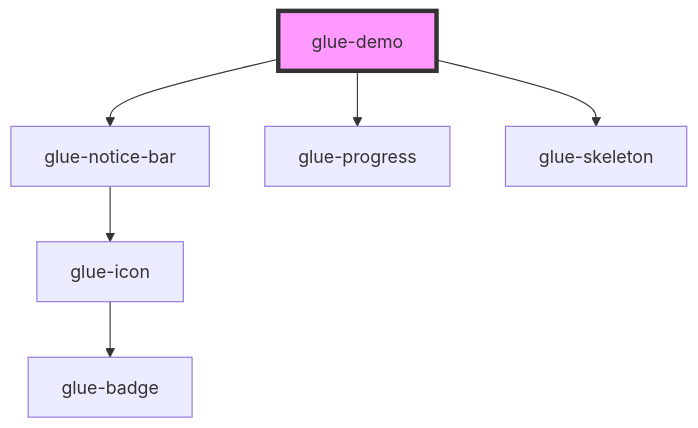
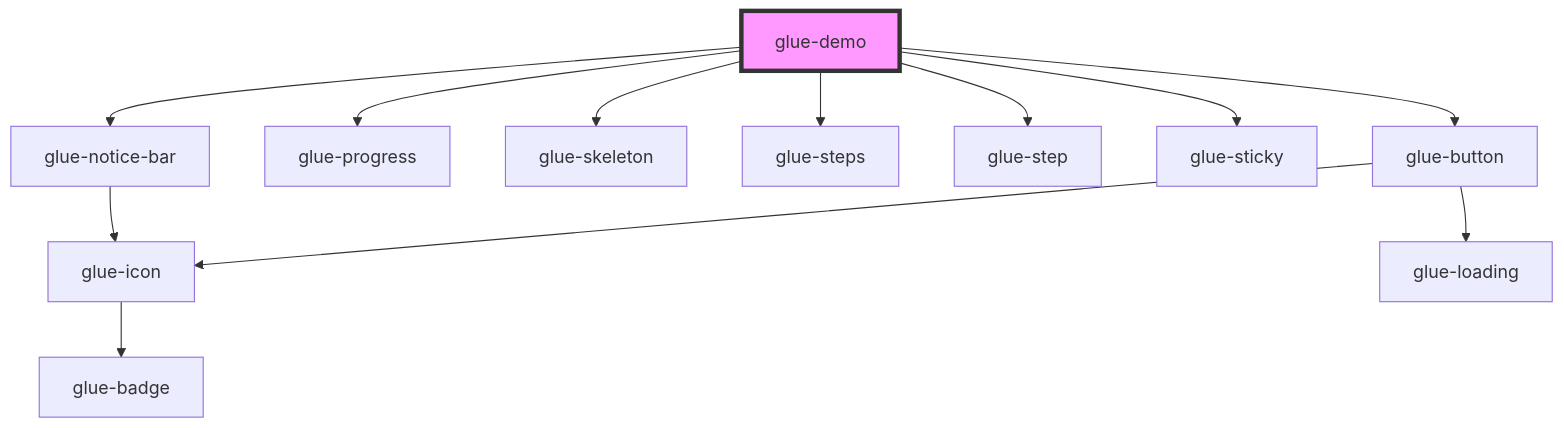
Before and after one commit to grasilife/glue: the diagram in packages/glue-components/src/components/glue-demo/readme.md, drawn with Mermaid. The commit also changed other lines of this file and 9 other files, not shown here.

````diff
--- a/packages/glue-components/src/components/glue-demo/readme.md
+++ b/packages/glue-components/src/components/glue-demo/readme.md
@@ -26,9 +30,15 @@
 ```mermaid
 graph TD;
   glue-demo --> glue-notice-bar
   glue-demo --> glue-progress
   glue-demo --> glue-skeleton
+  glue-demo --> glue-steps
+  glue-demo --> glue-step
+  glue-demo --> glue-sticky
+  glue-demo --> glue-button
   glue-notice-bar --> glue-icon
   glue-icon --> glue-badge
+  glue-button --> glue-loading
+  glue-button --> glue-icon
   style glue-demo fill:#f9f,stroke:#333,stroke-width:4px
 ```
````
